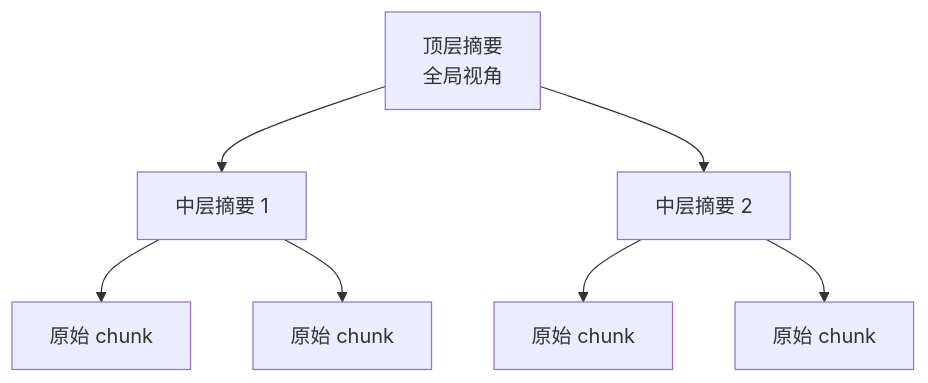
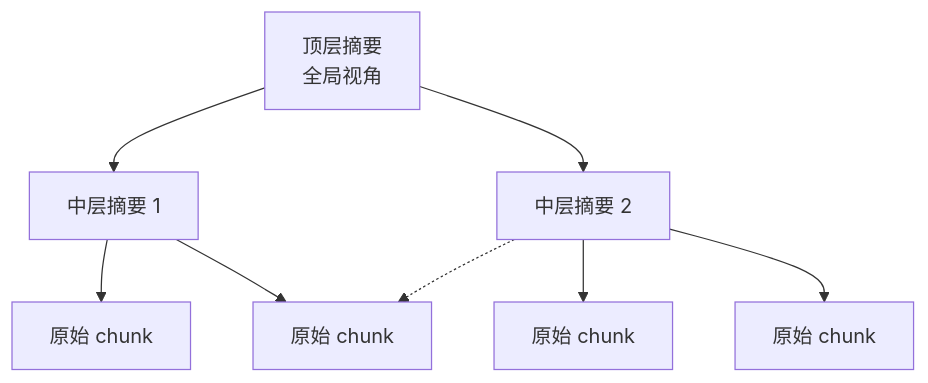
Before and after one commit to oneleaveknowsthefall/awesome-ai-roadmap: the third of 5 diagrams in docs/rag/04-advanced/15-advanced-rag-paradigms.md, drawn with Mermaid. The commit also changed other lines of this file and 24 other files, not shown here.

````diff
--- a/docs/rag/04-advanced/15-advanced-rag-paradigms.md
+++ b/docs/rag/04-advanced/15-advanced-rag-paradigms.md
@@ -76,9 +76,10 @@
 ```mermaid
 flowchart TB
     ROOT[顶层摘要<br/>全局视角] --> M1[中层摘要 1]
     ROOT --> M2[中层摘要 2]
     M1 --> L1[原始 chunk]
     M1 --> L2[原始 chunk]
     M2 --> L3[原始 chunk]
     M2 --> L4[原始 chunk]
+    M2 -.-> L2
 ```
````
